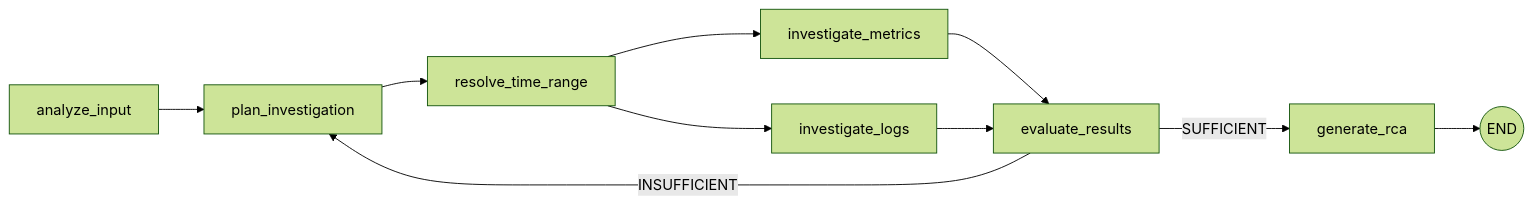
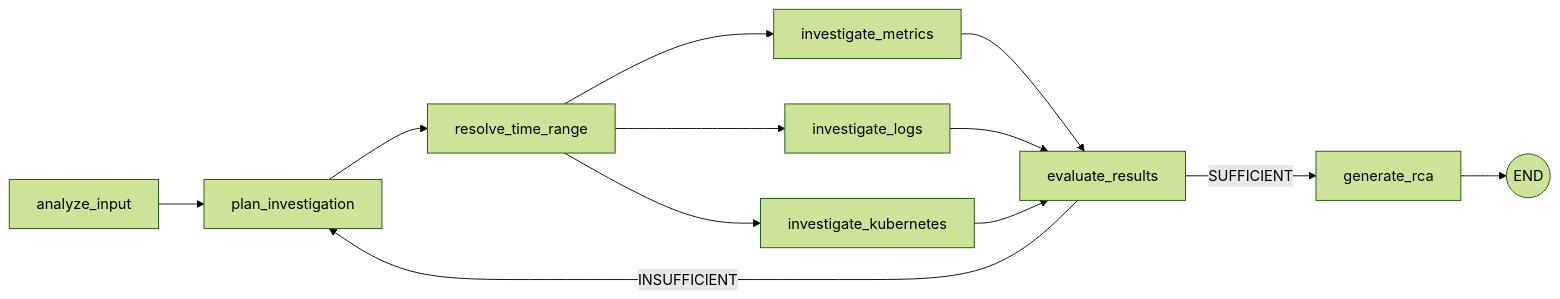
One commit to dokuma/ai-agent-observability changed the second of 2 diagrams in docs/architecture.md. Above: the diagram before and after it, drawn with Mermaid (forest theme). The commit also changed other lines of this file and 4 other files, not shown here.

````diff
--- a/docs/architecture.md
+++ b/docs/architecture.md
@@ -57,12 +64,14 @@
 ```mermaid
 graph LR
     A[analyze_input] --> B[plan_investigation]
     B --> C[resolve_time_range]
     C --> D[investigate_metrics]
     C --> E[investigate_logs]
+    C --> K[investigate_kubernetes]
     D --> F[evaluate_results]
     E --> F
+    K --> F
     F -->|INSUFFICIENT| B
     F -->|SUFFICIENT| G[generate_rca]
     G --> H((END))
 ```
````
